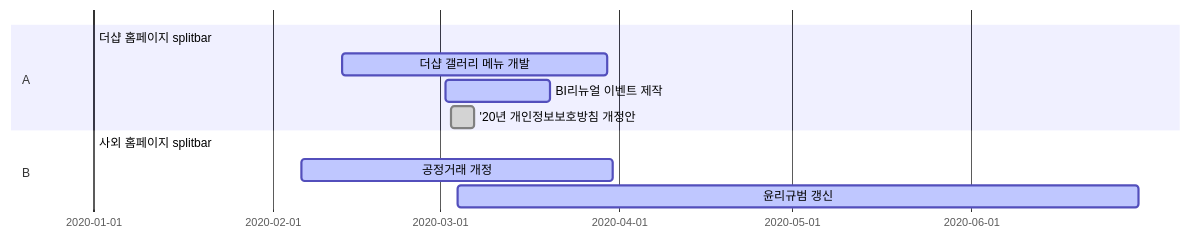
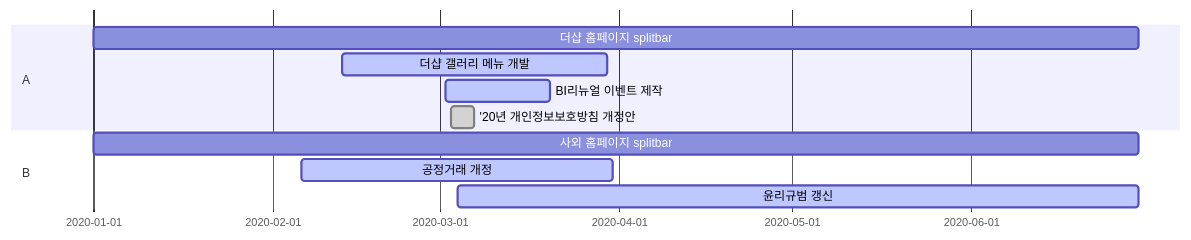
Before and after one commit to hotak90/gg2: the diagram in readme.md, drawn with Mermaid.

````diff
--- a/readme.md
+++ b/readme.md
@@ -1,15 +1,15 @@
 ```mermaid
 gantt
 dateFormat  YYYY-MM-DD
 
 section A
-더샵 홈페이지 splitbar: critical, 2020-01-01, 2020-6-30
+더샵 홈페이지 splitbar: critical, 2020-01-01, 2020-06-30
 더샵 갤러리 메뉴 개발: active, 2020-02-13, 2020-03-30
 BI리뉴얼 이벤트 제작: active, 2020-03-02, 2020-03-20
 '20년 개인정보보호방침 개정안: done, 2020-03-03, 2020-03-07
 
 section B
-사외 홈페이지 splitbar: acritical, 2020-01-01, 2020-6-30
+사외 홈페이지 splitbar: acritical, 2020-01-01, 2020-06-30
 공정거래 개정: active, 2020-02-06,2020-03-31
 윤리규범 갱신: active, 2020-03-04,2020-06-30
 ```
````
